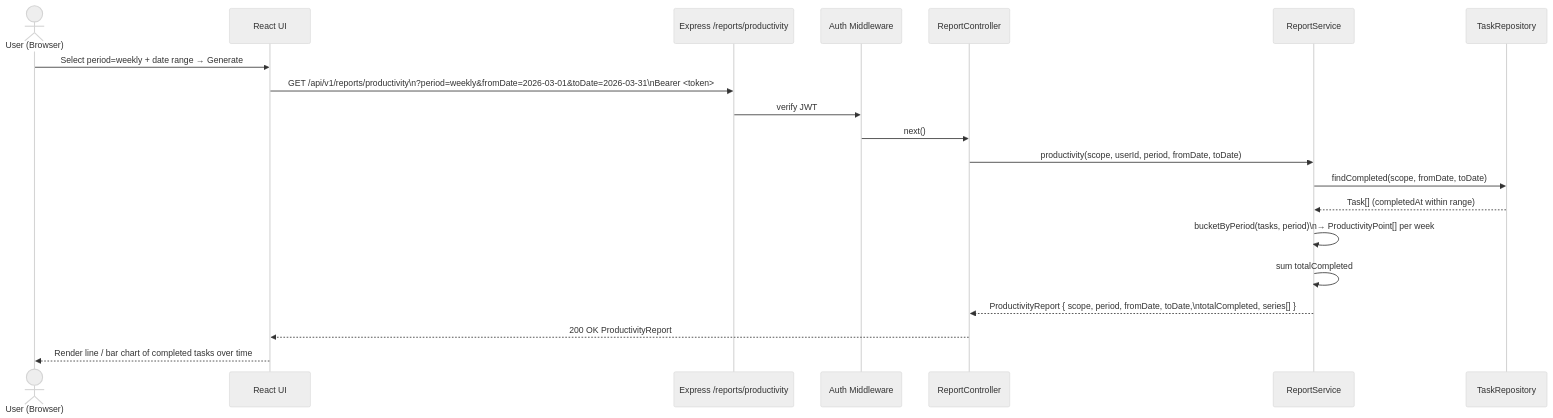
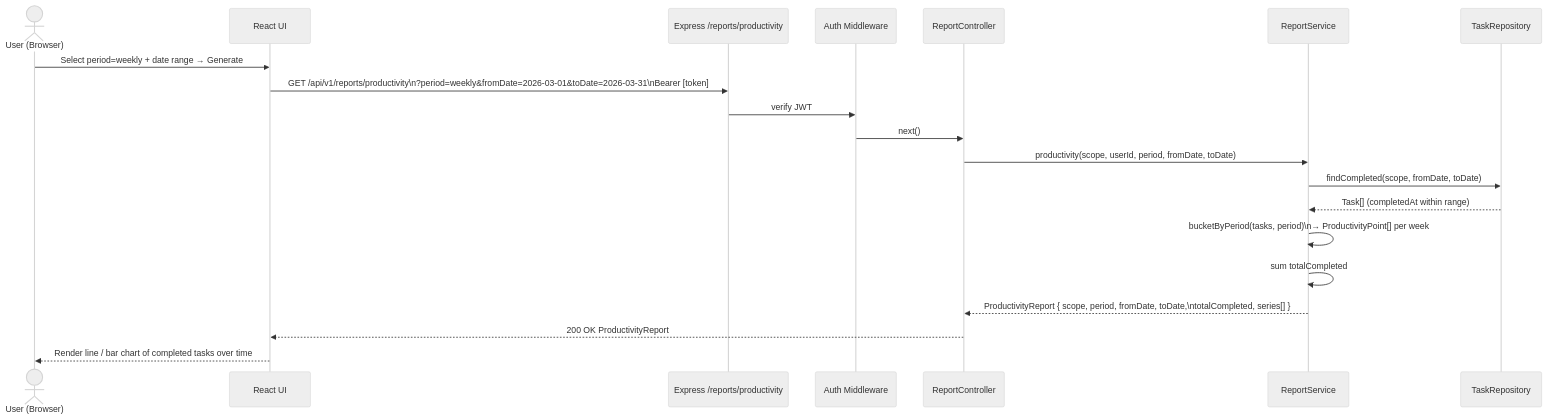
Diagram 16 of 17 in software-architecture.md (vijaynvb/ellucian_ghc3), drawn with Mermaid (neutral theme) before and after one commit. The commit also changed other lines of this file and 14285 other files, not shown here.

````diff
--- a/software-architecture.md
+++ b/software-architecture.md
@@ -867,23 +875,23 @@
 ```mermaid
 sequenceDiagram
     actor User as User (Browser)
     participant UI as React UI
     participant API as Express /reports/productivity
     participant AuthMW as Auth Middleware
     participant RC as ReportController
     participant RS as ReportService
     participant TR as TaskRepository
 
     User->>UI: Select period=weekly + date range → Generate
-    UI->>API: GET /api/v1/reports/productivity\n?period=weekly&fromDate=2026-03-01&toDate=2026-03-31\nBearer <token>
+    UI->>API: GET /api/v1/reports/productivity\n?period=weekly&fromDate=2026-03-01&toDate=2026-03-31\nBearer [token]
     API->>AuthMW: verify JWT
     AuthMW->>RC: next()
     RC->>RS: productivity(scope, userId, period, fromDate, toDate)
     RS->>TR: findCompleted(scope, fromDate, toDate)
     TR-->>RS: Task[] (completedAt within range)
     RS->>RS: bucketByPeriod(tasks, period)\n→ ProductivityPoint[] per week
     RS->>RS: sum totalCompleted
     RS-->>RC: ProductivityReport { scope, period, fromDate, toDate,\ntotalCompleted, series[] }
     RC-->>UI: 200 OK ProductivityReport
     UI-->>User: Render line / bar chart of completed tasks over time
 ```
````
